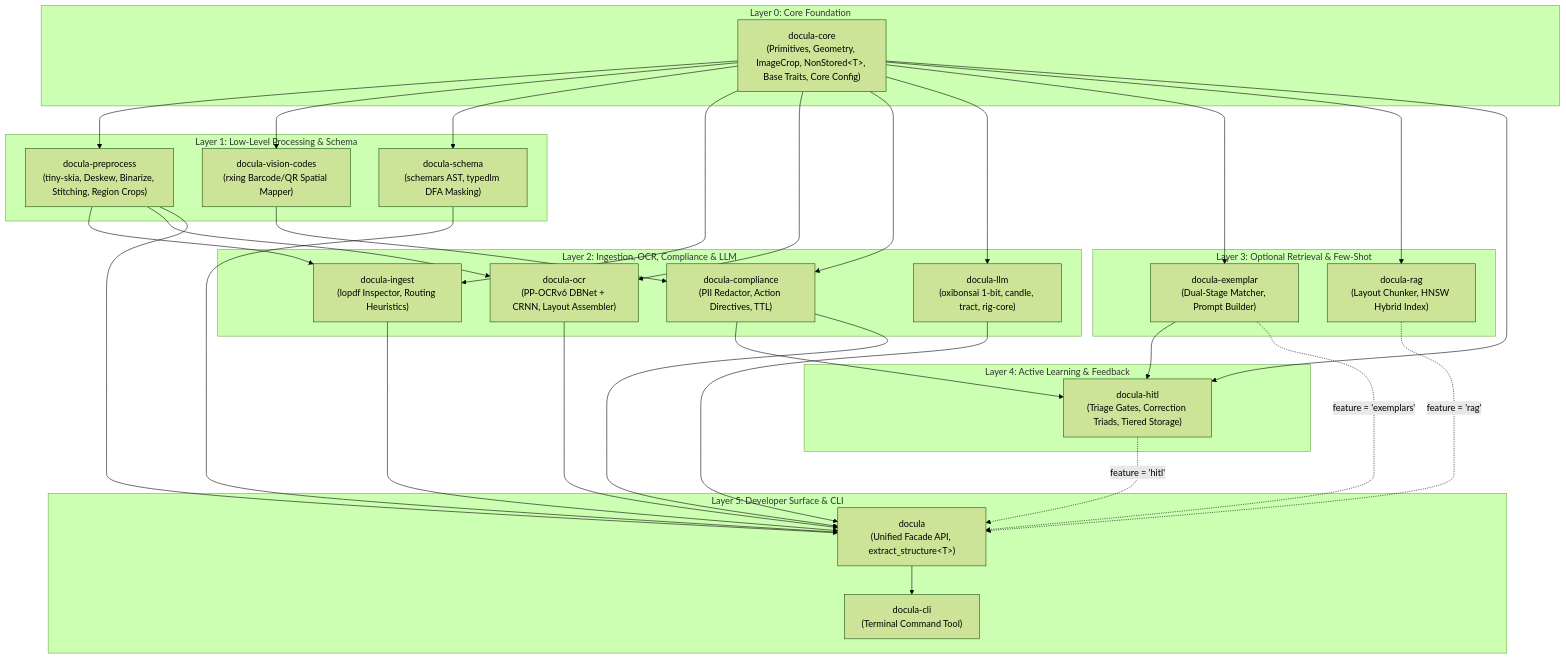
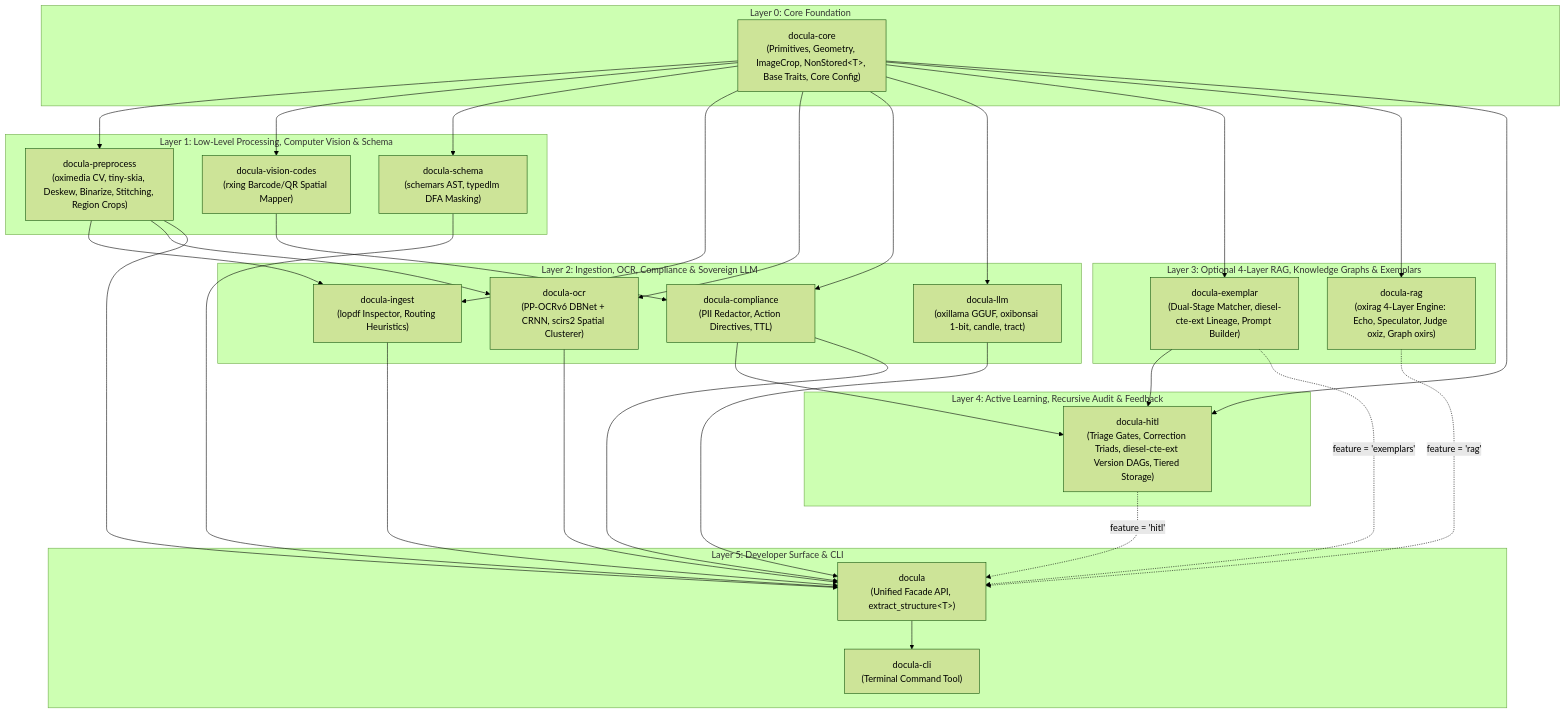
Before and after one commit to yasuomaidana/docula: the diagram in docs/02_DESIGN_PATTERNS_AND_ARCHITECTURE.md, drawn with Mermaid (forest theme). The commit also changed other lines of this file and 12 other files, not shown here.

````diff
--- a/docs/02_DESIGN_PATTERNS_AND_ARCHITECTURE.md
+++ b/docs/02_DESIGN_PATTERNS_AND_ARCHITECTURE.md
@@ -13,59 +13,59 @@
 ```mermaid
 flowchart TD
     subgraph Layer0["Layer 0: Core Foundation"]
         CORE["docula-core<br/>(Primitives, Geometry, ImageCrop, NonStored&lt;T&gt;, Base Traits, Core Config)"]
     end
 
-    subgraph Layer1["Layer 1: Low-Level Processing & Schema"]
-        PRE["docula-preprocess<br/>(tiny-skia, Deskew, Binarize, Stitching, Region Crops)"]
+    subgraph Layer1["Layer 1: Low-Level Processing, Computer Vision & Schema"]
+        PRE["docula-preprocess<br/>(oximedia CV, tiny-skia, Deskew, Binarize, Stitching, Region Crops)"]
         CODES["docula-vision-codes<br/>(rxing Barcode/QR Spatial Mapper)"]
         SCHEMA["docula-schema<br/>(schemars AST, typedlm DFA Masking)"]
     end
 
-    subgraph Layer2["Layer 2: Ingestion, OCR, Compliance & LLM"]
+    subgraph Layer2["Layer 2: Ingestion, OCR, Compliance & Sovereign LLM"]
         INGEST["docula-ingest<br/>(lopdf Inspector, Routing Heuristics)"]
-        OCR["docula-ocr<br/>(PP-OCRv6 DBNet + CRNN, Layout Assembler)"]
+        OCR["docula-ocr<br/>(PP-OCRv6 DBNet + CRNN, scirs2 Spatial Clusterer)"]
         COMP["docula-compliance<br/>(PII Redactor, Action Directives, TTL)"]
-        LLM["docula-llm<br/>(oxibonsai 1-bit, candle, tract, rig-core)"]
+        LLM["docula-llm<br/>(oxillama GGUF, oxibonsai 1-bit, candle, tract)"]
     end
 
-    subgraph Layer3["Layer 3: Optional Retrieval & Few-Shot"]
-        EXEMPLAR["docula-exemplar<br/>(Dual-Stage Matcher, Prompt Builder)"]
-        RAG["docula-rag<br/>(Layout Chunker, HNSW Hybrid Index)"]
+    subgraph Layer3["Layer 3: Optional 4-Layer RAG, Knowledge Graphs & Exemplars"]
+        EXEMPLAR["docula-exemplar<br/>(Dual-Stage Matcher, diesel-cte-ext Lineage, Prompt Builder)"]
+        RAG["docula-rag<br/>(oxirag 4-Layer Engine: Echo, Speculator, Judge oxiz, Graph oxirs)"]
     end
 
-    subgraph Layer4["Layer 4: Active Learning & Feedback"]
-        HITL["docula-hitl<br/>(Triage Gates, Correction Triads, Tiered Storage)"]
+    subgraph Layer4["Layer 4: Active Learning, Recursive Audit & Feedback"]
+        HITL["docula-hitl<br/>(Triage Gates, Correction Triads, diesel-cte-ext Version DAGs, Tiered Storage)"]
     end
 
     subgraph Layer5["Layer 5: Developer Surface & CLI"]
         FACADE["docula<br/>(Unified Facade API, extract_structure&lt;T&gt;)"]
         CLI["docula-cli<br/>(Terminal Command Tool)"]
     end
 
     CORE --> PRE
     CORE --> CODES
     CORE --> SCHEMA
     CORE --> INGEST
     PRE --> INGEST
     CORE --> OCR
     PRE --> OCR
     CORE --> COMP
     CODES --> COMP
     CORE --> LLM
     CORE --> EXEMPLAR
     CORE --> RAG
     CORE --> HITL
     EXEMPLAR --> HITL
     COMP --> HITL
     INGEST --> FACADE
     PRE --> FACADE
     OCR --> FACADE
     SCHEMA --> FACADE
     LLM --> FACADE
     COMP --> FACADE
     EXEMPLAR -.->|feature = 'exemplars'| FACADE
     RAG -.->|feature = 'rag'| FACADE
     HITL -.->|feature = 'hitl'| FACADE
     FACADE --> CLI
 ```
````
